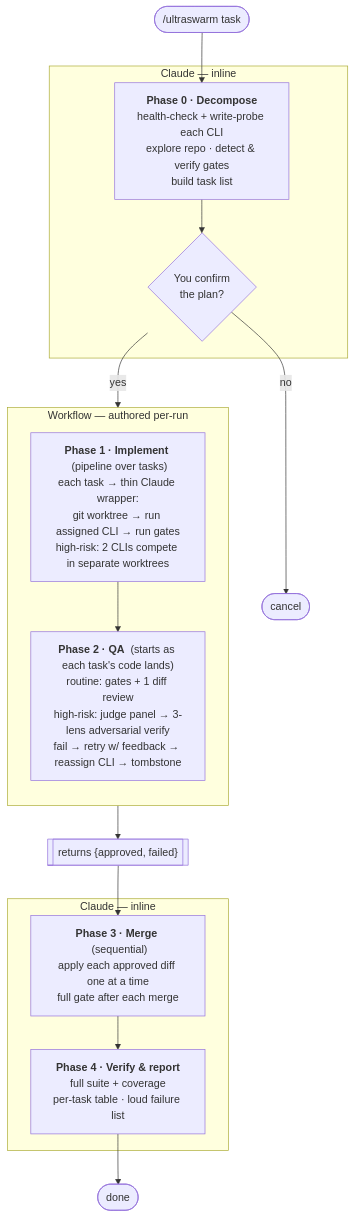
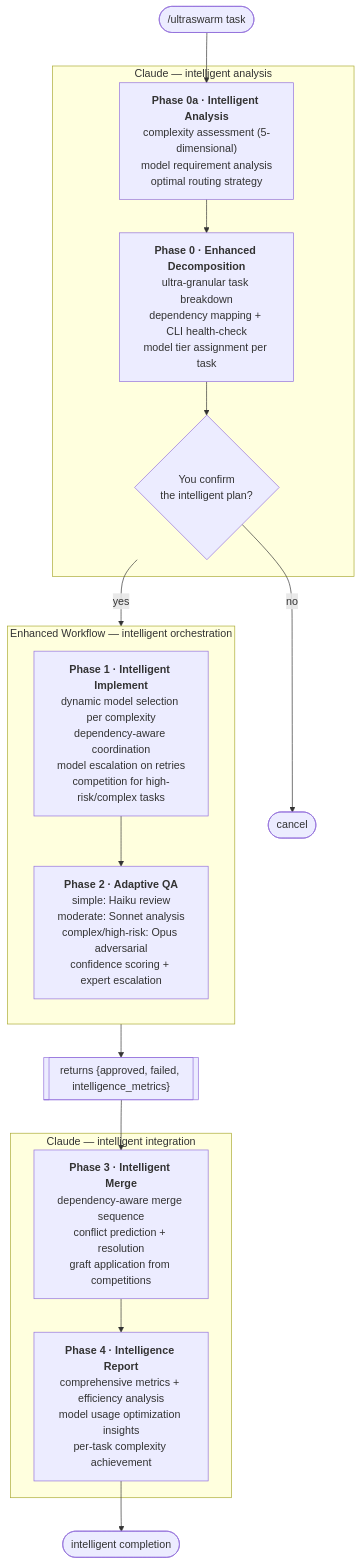
One commit to fubak/ultraswarm changed the first of 2 diagrams in README.md. Above: the diagram before and after it, drawn with Mermaid. The commit also changed other lines of this file and 5 other files, not shown here.

First line of the commit message:
feat: ultraswarm v2.0 - Intelligent Orchestration with Dynamic Model Routing (#1)

````diff
--- a/README.md
+++ b/README.md
@@ -34,28 +36,30 @@
 ```mermaid
 flowchart TD
-    U([/ultraswarm task]) --> P0
+    U([/ultraswarm task]) --> P0A
 
-    subgraph claude0 [" Claude — inline "]
-        P0["<b>Phase 0 · Decompose</b><br/>health-check + write-probe each CLI<br/>explore repo · detect &amp; verify gates<br/>build task list"]
-        CONF{"You confirm<br/>the plan?"}
+    subgraph claude0 [" Claude — intelligent analysis "]
+        P0A["<b>Phase 0a · Intelligent Analysis</b><br/>complexity assessment (5-dimensional)<br/>model requirement analysis<br/>optimal routing strategy"]
+        P0["<b>Phase 0 · Enhanced Decomposition</b><br/>ultra-granular task breakdown<br/>dependency mapping + CLI health-check<br/>model tier assignment per task"]
+        CONF{"You confirm<br/>the intelligent plan?"}
     end
+    P0A --> P0
     P0 --> CONF
     CONF -- no --> STOP([cancel])
 
-    subgraph wf [" Workflow — authored per-run "]
+    subgraph wf [" Enhanced Workflow — intelligent orchestration "]
         direction TB
-        P1["<b>Phase 1 · Implement</b> &nbsp;(pipeline over tasks)<br/>each task → thin Claude wrapper:<br/>git worktree → run assigned CLI → run gates<br/>high-risk: 2 CLIs compete in separate worktrees"]
-        P2["<b>Phase 2 · QA</b> &nbsp;(starts as each task's code lands)<br/>routine: gates + 1 diff review<br/>high-risk: judge panel → 3-lens adversarial verify<br/>fail → retry w/ feedback → reassign CLI → tombstone"]
+        P1["<b>Phase 1 · Intelligent Implement</b><br/>dynamic model selection per complexity<br/>dependency-aware coordination<br/>model escalation on retries<br/>competition for high-risk/complex tasks"]
+        P2["<b>Phase 2 · Adaptive QA</b><br/>simple: Haiku review<br/>moderate: Sonnet analysis<br/>complex/high-risk: Opus adversarial<br/>confidence scoring + expert escalation"]
         P1 --> P2
     end
     CONF -- yes --> P1
-    P2 --> RET[["returns {approved, failed}"]]
+    P2 --> RET[["returns {approved, failed, intelligence_metrics}"]]
 
-    subgraph claude1 [" Claude — inline "]
-        P3["<b>Phase 3 · Merge</b> &nbsp;(sequential)<br/>apply each approved diff one at a time<br/>full gate after each merge"]
-        P4["<b>Phase 4 · Verify &amp; report</b><br/>full suite + coverage<br/>per-task table · loud failure list"]
+    subgraph claude1 [" Claude — intelligent integration "]
+        P3["<b>Phase 3 · Intelligent Merge</b><br/>dependency-aware merge sequence<br/>conflict prediction + resolution<br/>graft application from competitions"]
+        P4["<b>Phase 4 · Intelligence Report</b><br/>comprehensive metrics + efficiency analysis<br/>model usage optimization insights<br/>per-task complexity achievement"]
         P3 --> P4
     end
     RET --> P3
-    P4 --> DONE([done])
+    P4 --> DONE([intelligent completion])
 ```
````
